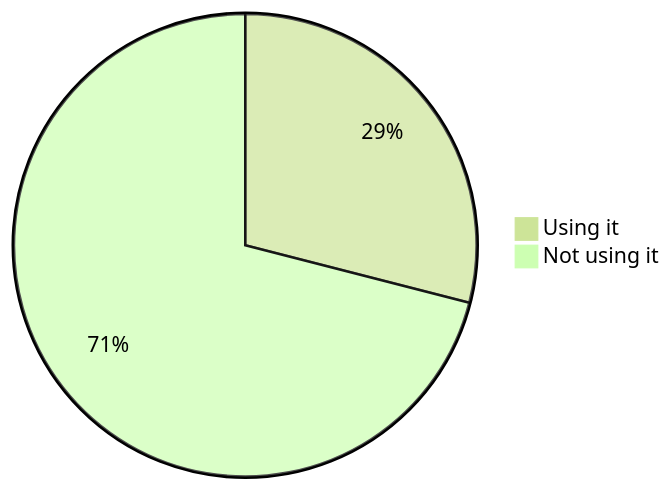
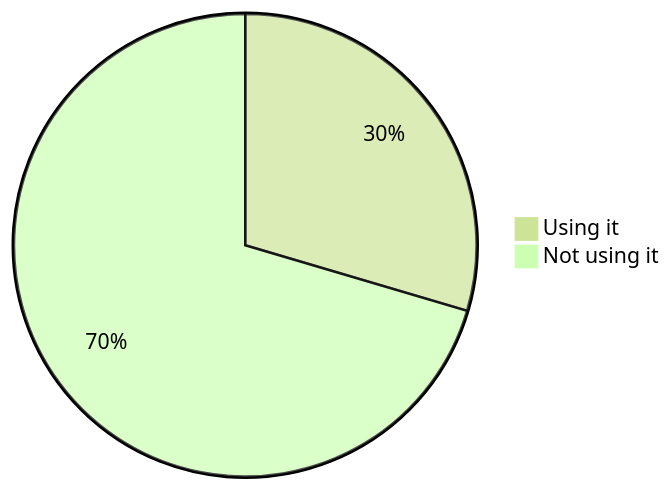
One commit to oshp/oshp-stats changed diagram 14 of 22 in stats.md. Above: the diagram before and after it, drawn with Mermaid (forest theme). The commit also changed other lines of this file, not shown here.

````diff
--- a/stats.md
+++ b/stats.md
@@ -166,6 +166,6 @@
 ```mermaid
 pie
-	"Using it" : 29.0
-	"Not using it" : 71.0
+	"Using it" : 29.57
+	"Not using it" : 70.43
 
 ```
````
